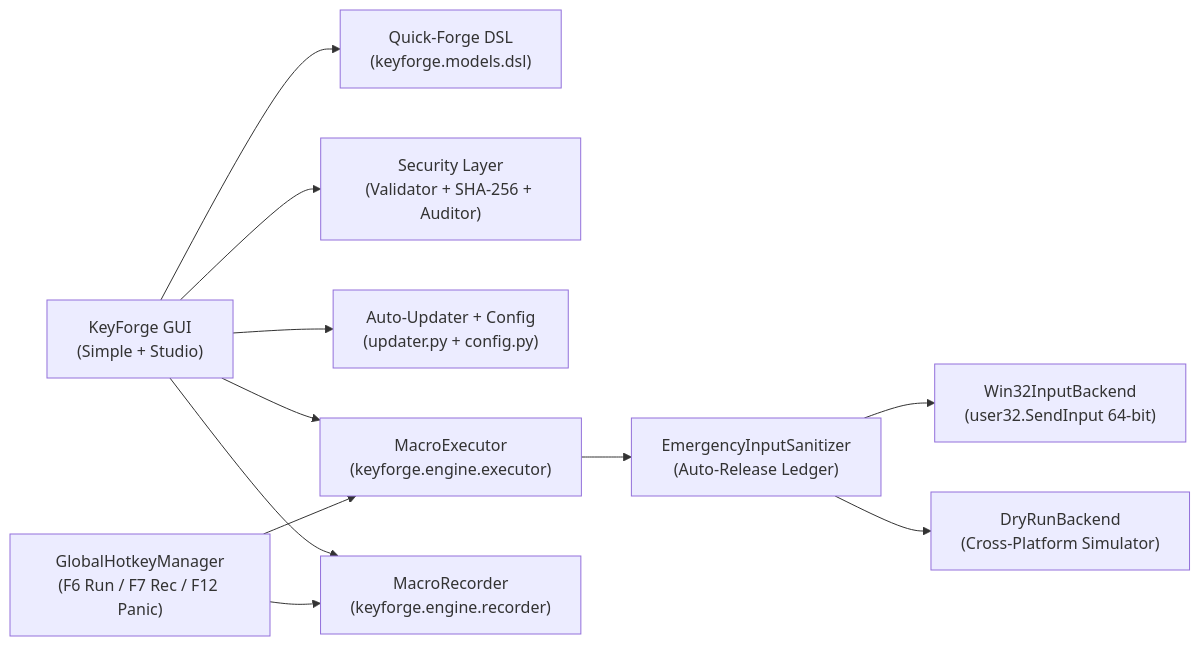
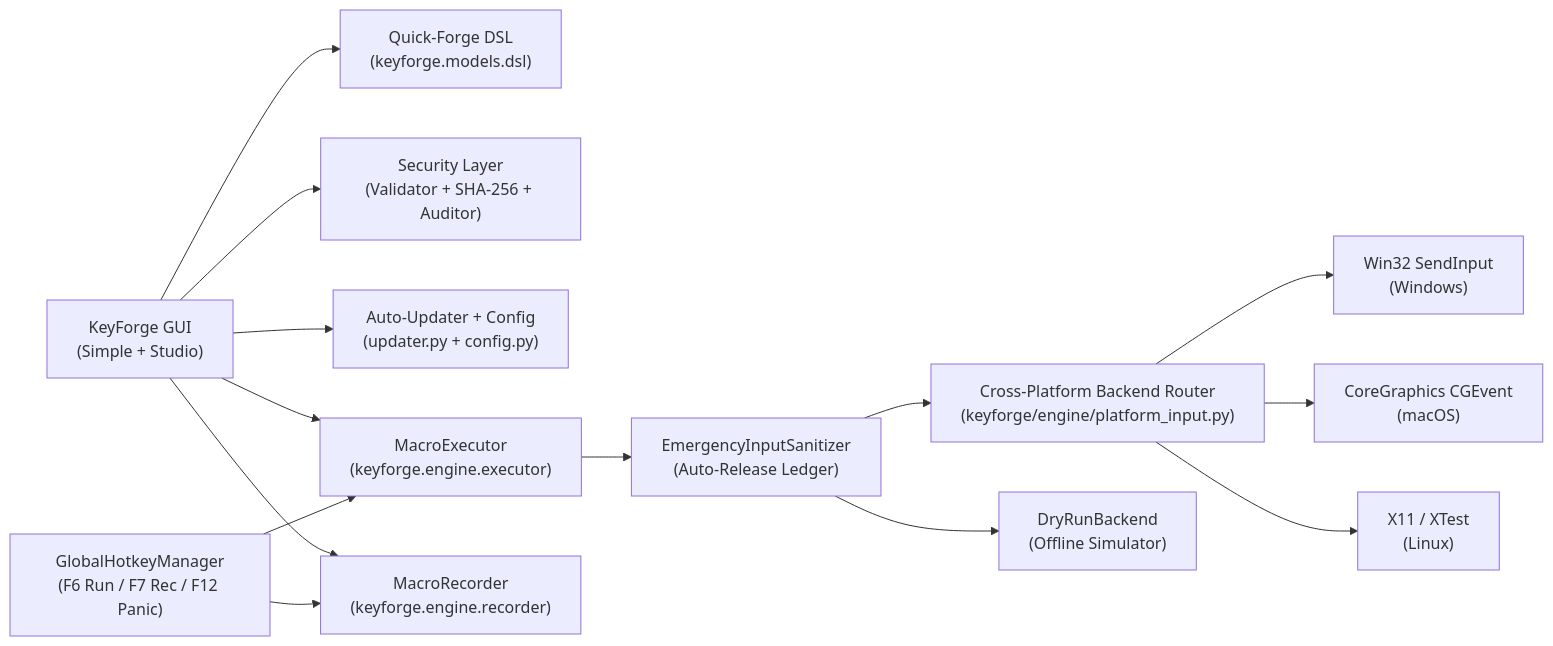
One commit to efeartn/KeyForge changed the diagram in README.md. Above: the diagram before and after it, drawn with Mermaid. The commit also changed other lines of this file and 29 other files, not shown here.

Commit message:
feat(platform): native macOS/Linux engine, v1.6.0 bugfixes, UI polish & optimization

````diff
--- a/README.md
+++ b/README.md
@@ -225,13 +238,16 @@
 ```mermaid
 flowchart LR
     UI["KeyForge GUI<br/>(Simple + Studio)"] --> DSL["Quick-Forge DSL<br/>(keyforge.models.dsl)"]
     UI --> SEC["Security Layer<br/>(Validator + SHA-256 + Auditor)"]
     UI --> UPD["Auto-Updater + Config<br/>(updater.py + config.py)"]
     UI --> EXEC["MacroExecutor<br/>(keyforge.engine.executor)"]
     UI --> REC["MacroRecorder<br/>(keyforge.engine.recorder)"]
     HK["GlobalHotkeyManager<br/>(F6 Run / F7 Rec / F12 Panic)"] --> EXEC
     HK --> REC
     EXEC --> SAN["EmergencyInputSanitizer<br/>(Auto-Release Ledger)"]
-    SAN --> WIN32["Win32InputBackend<br/>(user32.SendInput 64-bit)"]
-    SAN --> DRY["DryRunBackend<br/>(Cross-Platform Simulator)"]
+    SAN --> PLAT["Cross-Platform Backend Router<br/>(keyforge/engine/platform_input.py)"]
+    PLAT --> WIN32["Win32 SendInput<br/>(Windows)"]
+    PLAT --> MAC["CoreGraphics CGEvent<br/>(macOS)"]
+    PLAT --> X11["X11 / XTest<br/>(Linux)"]
+    SAN --> DRY["DryRunBackend<br/>(Offline Simulator)"]
 ```
````
